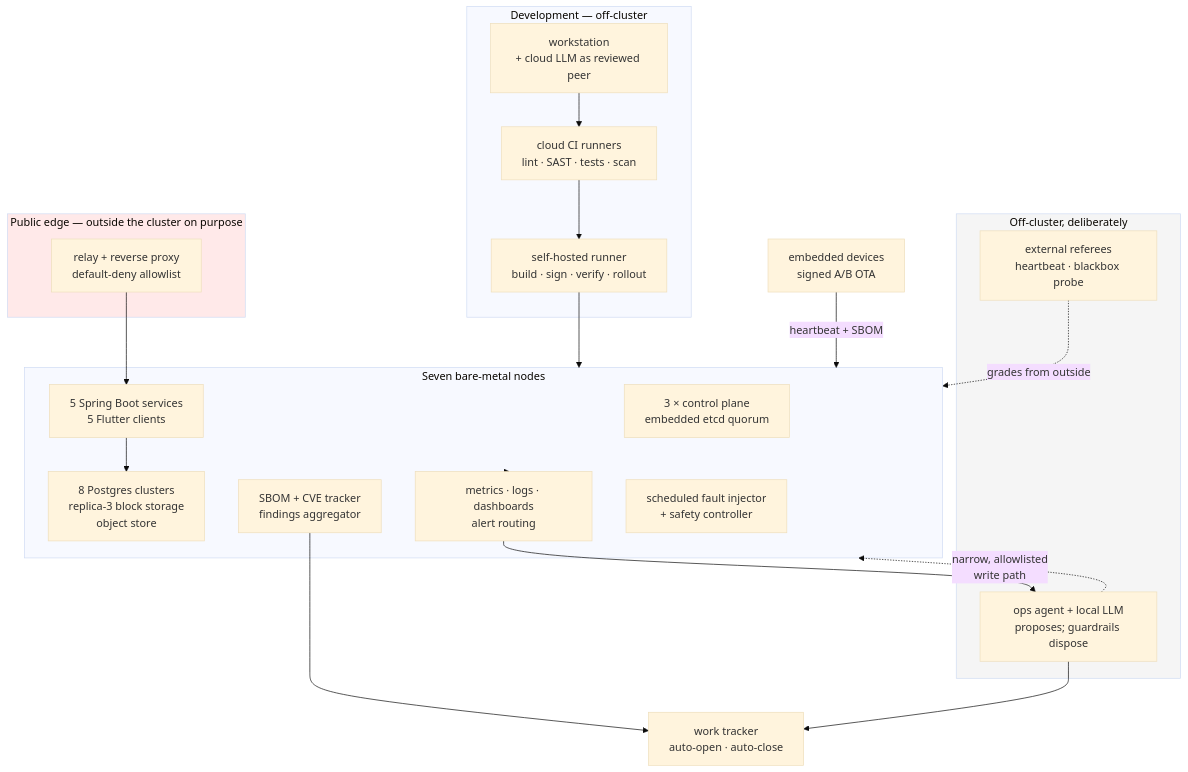
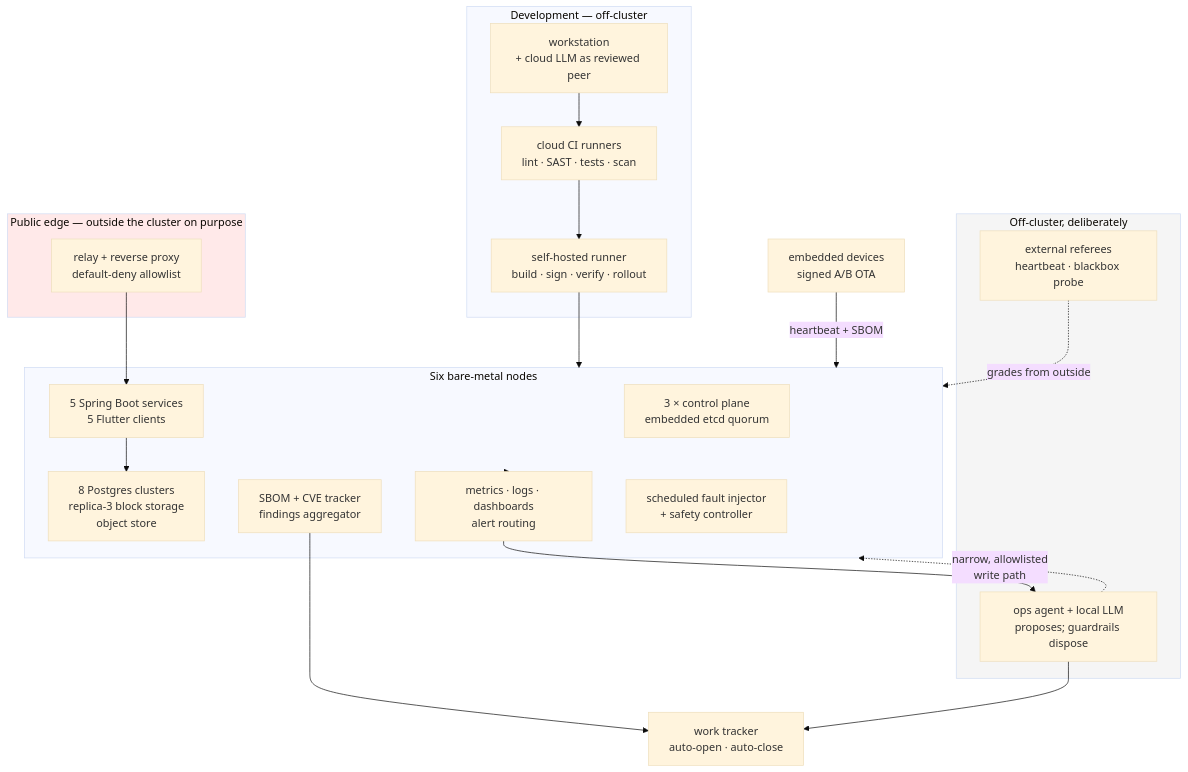
Before and after one commit to schultzzznet/schultzzznet: the diagram in docs/index.md, drawn with Mermaid (base theme). The commit also changed other lines of this file and 5 other files, not shown here.

````diff
--- a/docs/index.md
+++ b/docs/index.md
@@ -188,42 +190,42 @@
 ```mermaid
 flowchart TB
   subgraph DEV["Development — off-cluster"]
     WS["workstation<br/>+ cloud LLM as reviewed peer"]
     CI["cloud CI runners<br/>lint · SAST · tests · scan"]
     RUN["self-hosted runner<br/>build · sign · verify · rollout"]
   end
 
   subgraph EDGE["Public edge — outside the cluster on purpose"]
     FUN["relay + reverse proxy<br/>default-deny allowlist"]
   end
 
-  subgraph K3S["Seven bare-metal nodes"]
+  subgraph K3S["Six bare-metal nodes"]
     CP["3 × control plane<br/>embedded etcd quorum"]
     APPS["5 Spring Boot services<br/>5 Flutter clients"]
     DATA["8 Postgres clusters<br/>replica-3 block storage<br/>object store"]
     OBS["metrics · logs · dashboards<br/>alert routing"]
     SEC["SBOM + CVE tracker<br/>findings aggregator"]
     CHAOS["scheduled fault injector<br/>+ safety controller"]
   end
 
   subgraph OFF["Off-cluster, deliberately"]
     AGENT["ops agent + local LLM<br/>proposes; guardrails dispose"]
     REF["external referees<br/>heartbeat · blackbox probe"]
   end
 
   DEV_DEVICES["embedded devices<br/>signed A/B OTA"]
 
   WS --> CI --> RUN --> K3S
   FUN --> APPS
   DEV_DEVICES -->|"heartbeat + SBOM"| K3S
   APPS --> DATA
   K3S --> OBS
   OBS --> AGENT
   SEC --> TRACK["work tracker<br/>auto-open · auto-close"]
   AGENT --> TRACK
   AGENT -.->|"narrow, allowlisted<br/>write path"| K3S
   REF -.->|"grades from outside"| K3S
 
   style OFF fill:#f5f5f5
   style EDGE fill:#ffe9e9
 ```
````
